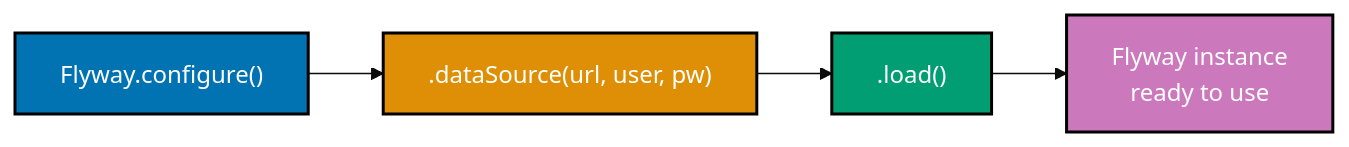
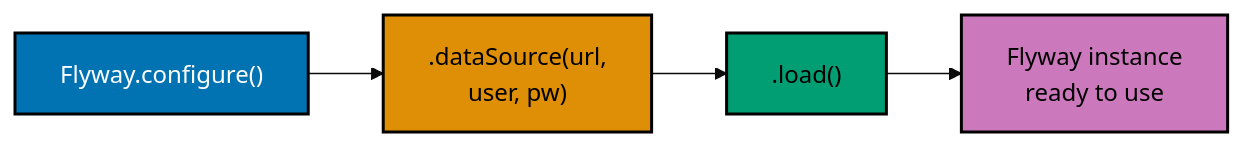
Before and after one commit to wahidyankf/ose-public: the second of 3 diagrams in apps/ayokoding-www/content/en/learn/legacy/software-engineering/data/tools/kotlin-flyway/by-example/beginner.md, drawn with Mermaid (base theme). The commit also changed other lines of this file and 131 other files, not shown here.

First line of the commit message:
fix(mermaid): bring the legacy data, infrastructure, and testing diagrams onto the accessible palette

````diff
--- a/apps/ayokoding-www/content/en/learn/legacy/software-engineering/data/tools/kotlin-flyway/by-example/beginner.md
+++ b/apps/ayokoding-www/content/en/learn/legacy/software-engineering/data/tools/kotlin-flyway/by-example/beginner.md
@@ -108,16 +111,19 @@
 ```mermaid
 %% Color Palette: Blue #0173B2, Orange #DE8F05, Teal #029E73, Purple #CC78BC, Brown #CA9161
 %% Flyway Kotlin configuration builder chain
 graph LR
+    accTitle: Example 3: Flyway.configure.dataSource Setup
+    accDescr: Graph with 4 nodes and 3 connections. Nodes: Flyway.configure(), .dataSource(url, user, pw), .load(), Flyway instance ready to use. Connections: Flyway.configure() to .dataSource(url, user, pw), .dataSource(url, user, pw) to .load(), .load() to Flyway instance ready to use.
     A["Flyway.configure()"]:::blue
-    B[".dataSource(url, user, pw)"]:::orange
+    B[".dataSource(url,<br/>user, pw)"]:::orange
     C[".load()"]:::teal
-    D["Flyway instance\nready to use"]:::purple
+    D["Flyway instance<br/>ready to use"]:::purple
 
     A --> B --> C --> D
 
     classDef blue fill:#0173B2,stroke:#000000,color:#FFFFFF,stroke-width:2px
-    classDef orange fill:#DE8F05,stroke:#000000,color:#FFFFFF,stroke-width:2px
-    classDef teal fill:#029E73,stroke:#000000,color:#FFFFFF,stroke-width:2px
-    classDef purple fill:#CC78BC,stroke:#000000,color:#FFFFFF,stroke-width:2px
+    classDef orange fill:#DE8F05,stroke:#000000,color:#000000,stroke-width:2px
+    classDef teal fill:#029E73,stroke:#000000,color:#000000,stroke-width:2px
+    classDef purple fill:#CC78BC,stroke:#000000,color:#000000,stroke-width:2px
+    classDef default fill:#FFFFFF,stroke:#000000,color:#000000
 ```
````
